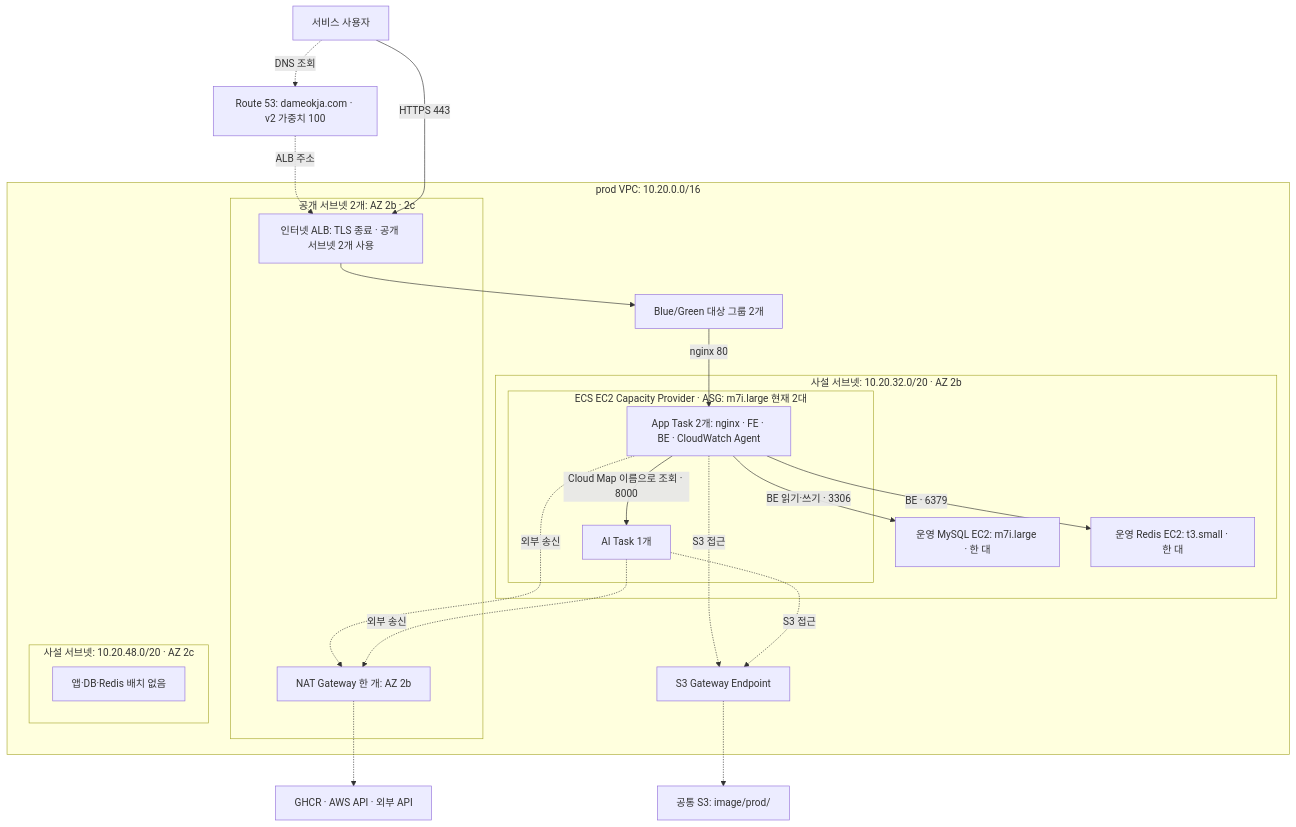
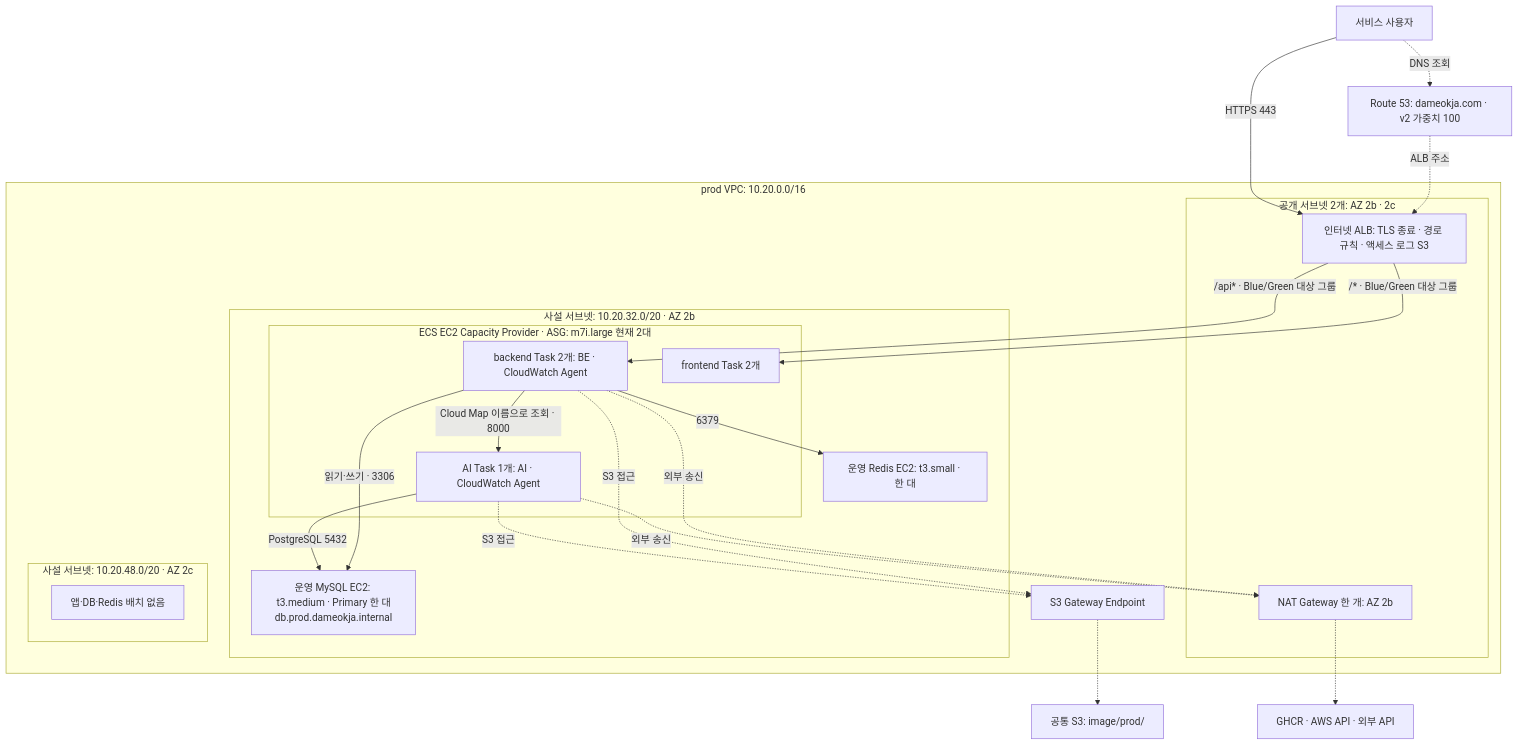
One commit to 100-hours-a-week/KTB4-5th-CLOUD changed the third of 4 diagrams in docs/design/v2 환경별 구축 아키텍처.md. Above: the diagram before and after it, drawn with Mermaid. The commit also changed other lines of this file and 12 other files, not shown here.

````diff
--- a/docs/design/v2 환경별 구축 아키텍처.md
+++ b/docs/design/v2 환경별 구축 아키텍처.md
@@ -139,39 +140,41 @@
 ```mermaid
 flowchart TB
     prodClient["서비스 사용자"]
     prodDns["Route 53: dameokja.com · v2 가중치 100"]
     subgraph prodVpc["prod VPC: 10.20.0.0/16"]
         subgraph prodPublic["공개 서브넷 2개: AZ 2b · 2c"]
-            prodAlb["인터넷 ALB: TLS 종료 · 공개 서브넷 2개 사용"]
+            prodAlb["인터넷 ALB: TLS 종료 · 경로 규칙 · 액세스 로그 S3"]
             prodNat["NAT Gateway 한 개: AZ 2b"]
         end
-        prodTargets["Blue/Green 대상 그룹 2개"]
         subgraph prodPrivateB["사설 서브넷: 10.20.32.0/20 · AZ 2b"]
             subgraph prodCapacity["ECS EC2 Capacity Provider · ASG: m7i.large 현재 2대"]
-                prodApp["App Task 2개: nginx · FE · BE · CloudWatch Agent"]
-                prodAi["AI Task 1개"]
+                prodBe["backend Task 2개: BE · CloudWatch Agent"]
+                prodFe["frontend Task 2개"]
+                prodAi["AI Task 1개: AI · CloudWatch Agent"]
             end
-            prodDb["운영 MySQL EC2: m7i.large · 한 대"]
+            prodDb["운영 MySQL EC2: t3.medium · Primary 한 대<br/>db.prod.dameokja.internal"]
             prodRedis["운영 Redis EC2: t3.small · 한 대"]
         end
         subgraph prodPrivateC["사설 서브넷: 10.20.48.0/20 · AZ 2c"]
             prodReserved["앱·DB·Redis 배치 없음"]
         end
         prodEndpoint["S3 Gateway Endpoint"]
     end
     prodS3["공통 S3: image/prod/"]
     prodExternal["GHCR · AWS API · 외부 API"]
     prodClient -.->|"DNS 조회"| prodDns
     prodDns -.->|"ALB 주소"| prodAlb
     prodClient -->|"HTTPS 443"| prodAlb
-    prodAlb --> prodTargets -->|"nginx 80"| prodApp
-    prodApp -->|"BE 읽기·쓰기 · 3306"| prodDb
-    prodApp -->|"BE · 6379"| prodRedis
-    prodApp -->|"Cloud Map 이름으로 조회 · 8000"| prodAi
-    prodApp -.->|"외부 송신"| prodNat
+    prodAlb -->|"/api* · Blue/Green 대상 그룹"| prodBe
+    prodAlb -->|"/* · Blue/Green 대상 그룹"| prodFe
+    prodBe -->|"읽기·쓰기 · 3306"| prodDb
+    prodBe -->|"6379"| prodRedis
+    prodBe -->|"Cloud Map 이름으로 조회 · 8000"| prodAi
+    prodAi -->|"PostgreSQL 5432"| prodDb
+    prodBe -.->|"외부 송신"| prodNat
     prodAi -.->|"외부 송신"| prodNat
     prodNat -.-> prodExternal
-    prodApp -.->|"S3 접근"| prodEndpoint
+    prodBe -.->|"S3 접근"| prodEndpoint
     prodAi -.->|"S3 접근"| prodEndpoint
     prodEndpoint -.-> prodS3
 ```
````
